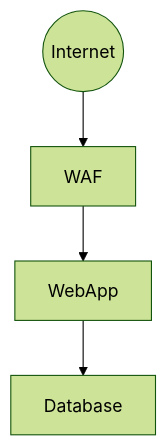
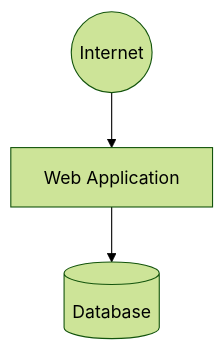
One commit to BerdTan/threatassessor changed the first of 2 diagrams in README.md. Above: the diagram before and after it, drawn with Mermaid (forest theme). The commit also changed other lines of this file and 1 other file, not shown here.

````diff
--- a/README.md
+++ b/README.md
@@ -36,5 +36,6 @@
 ```mermaid
 flowchart TB
     Internet((Internet))
-    Internet --> WAF --> WebApp --> Database
+    Internet --> WebApp[Web Application]
+    WebApp --> Database[(Database)]
 ```
````
